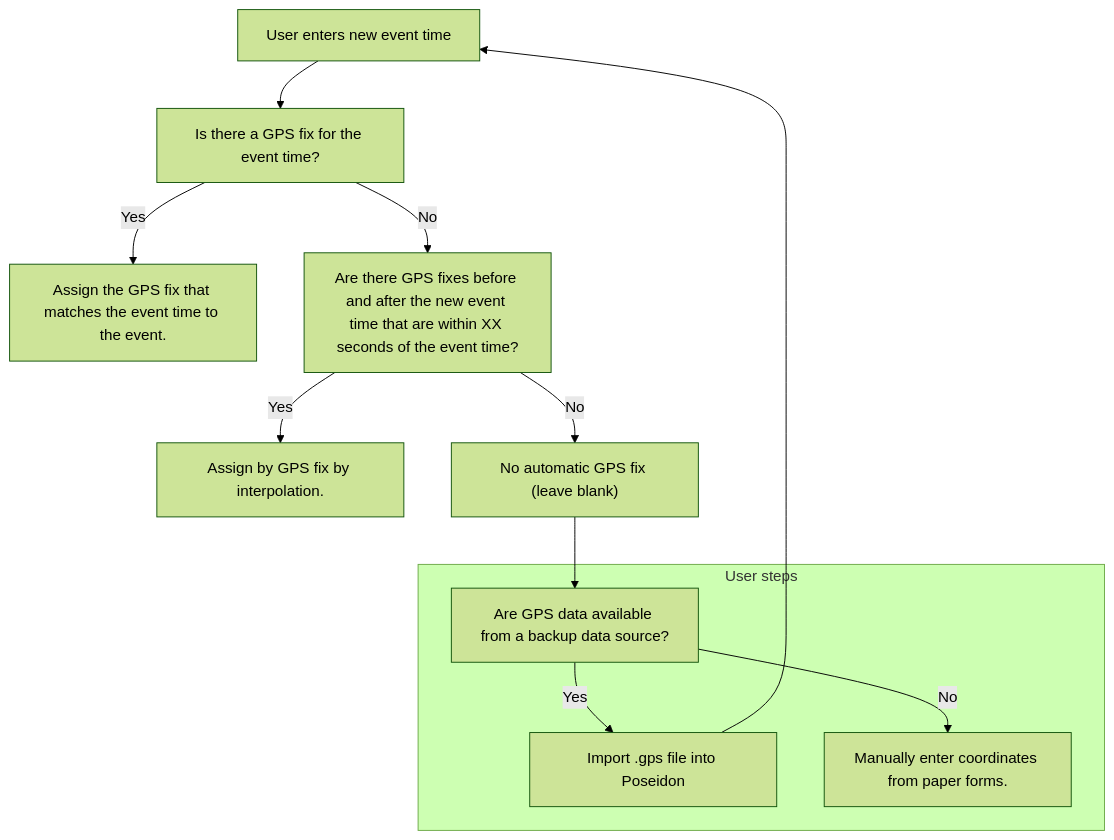
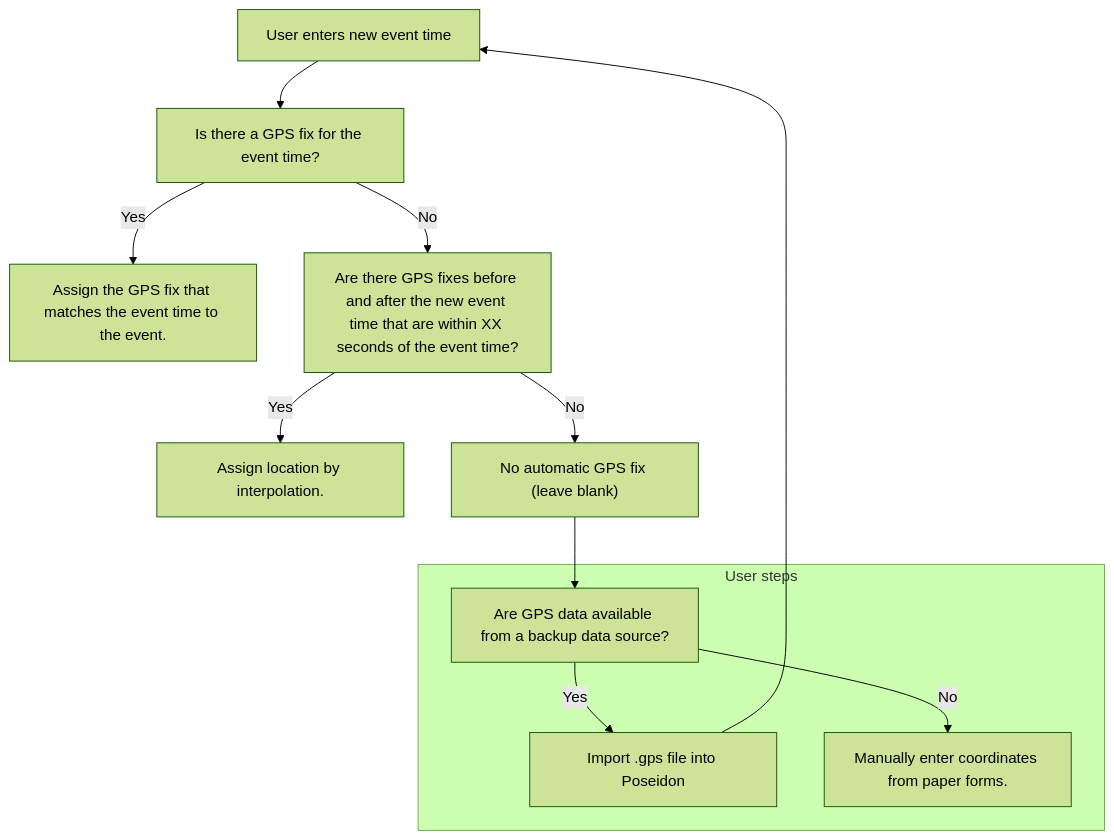
The first of 2 diagrams in assets/changing_event_time.md (afsc-gap-products/navmaps), drawn with Mermaid (forest theme) before and after one commit.

Commit message:
Copy-edit

````diff
--- a/assets/changing_event_time.md
+++ b/assets/changing_event_time.md
@@ -3,13 +3,13 @@
 ``` mermaid
 graph TD
   A["User enters new event time"]-->B["Is there a GPS fix for the event time?"]--> |Yes| C["Assign the GPS fix that matches the event time to the event."]
   B["Is there a GPS fix for the event time?"]--> |No| D["Are there GPS fixes before and after the new event time that are within XX seconds of the event time?"]
-  D["Are there GPS fixes before and after the new event time that are within XX seconds of the event time?"]--> |Yes| E["Assign by GPS fix by interpolation."]
+  D["Are there GPS fixes before and after the new event time that are within XX seconds of the event time?"]--> |Yes| E["Assign location by interpolation."]
   D["Are there GPS fixes before and after the new event time that are within XX seconds of the event time?"]--> |No| F["No automatic GPS fix (leave blank)"]
   F["No automatic GPS fix (leave blank)"]--> G["Are GPS data available from a backup data source?"]
   subgraph User steps
     G["Are GPS data available from a backup data source?"]--> |Yes| H["Import .gps file into Poseidon"]
     G["Are GPS data available from a backup data source?"]--> |No| I["Manually enter coordinates from paper forms."]
   end
   H["Import .gps file into Poseidon"]--> A["User enters new event time"]
 ```
````
